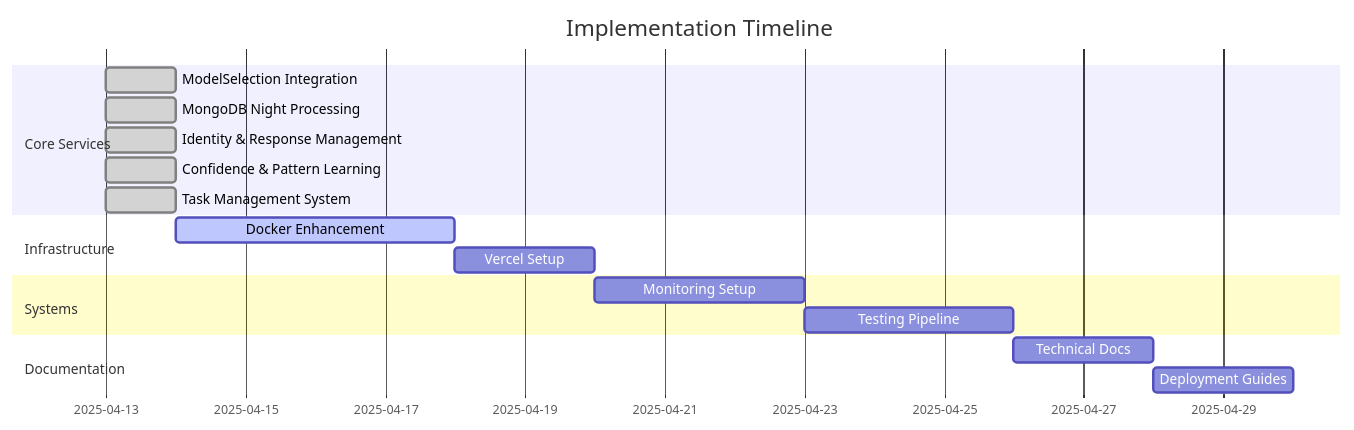
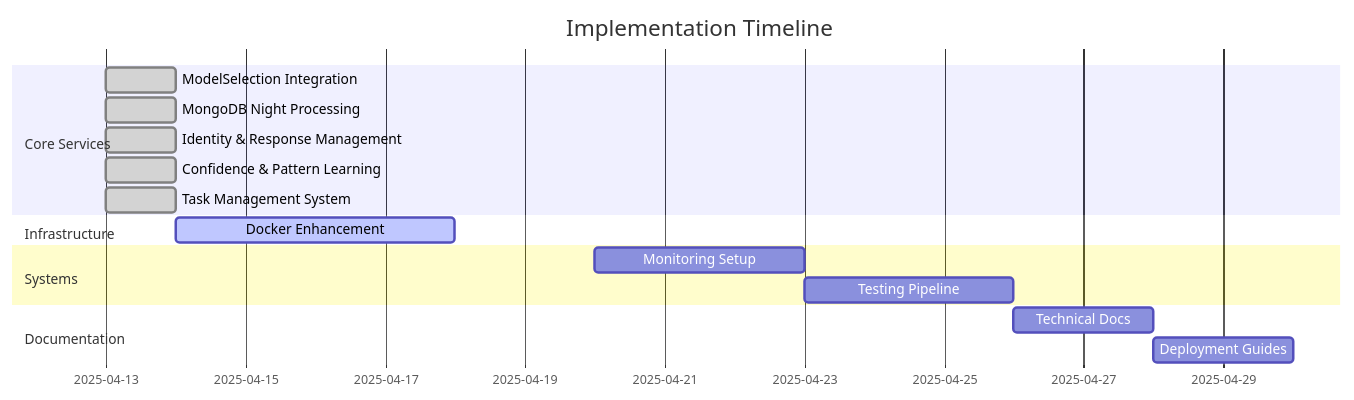
The second of 2 diagrams in memoRable_implementation_plan.md (alanchelmickjr/memoRable), drawn with Mermaid before and after one commit. The commit also changed other lines of this file and 3 other files, not shown here.

````diff
--- a/memoRable_implementation_plan.md
+++ b/memoRable_implementation_plan.md
@@ -119,20 +154,19 @@
 ```mermaid
 gantt
     title Implementation Timeline
     dateFormat  YYYY-MM-DD
     section Core Services
     ModelSelection Integration    :done, 2025-04-13, 1d
     MongoDB Night Processing     :done, 2025-04-13, 1d
     Identity & Response Management :done, 2025-04-13, 1d
     Confidence & Pattern Learning :done, 2025-04-13, 1d
     Task Management System       :done, 2025-04-13, 1d
     section Infrastructure
     Docker Enhancement     :active, 2025-04-14, 4d
-    Vercel Setup          :2025-04-18, 2d
     section Systems
     Monitoring Setup      :2025-04-20, 3d
     Testing Pipeline      :2025-04-23, 3d
     section Documentation
     Technical Docs        :2025-04-26, 2d
     Deployment Guides     :2025-04-28, 2d
 ```
````
